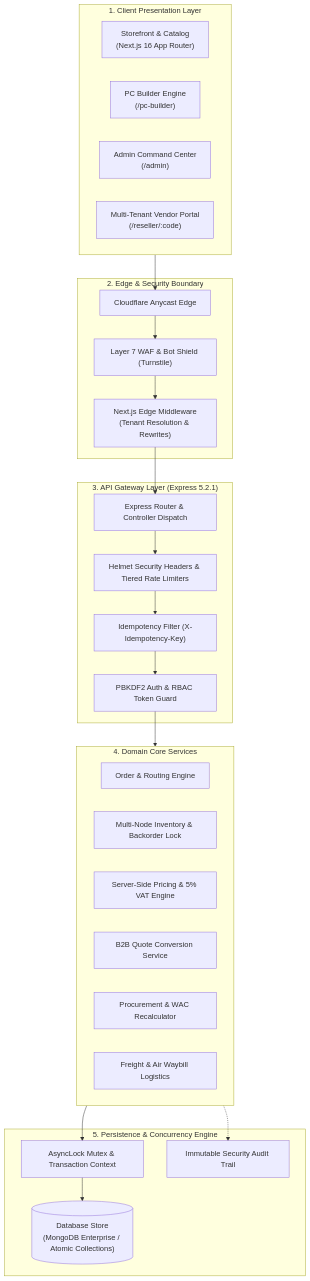
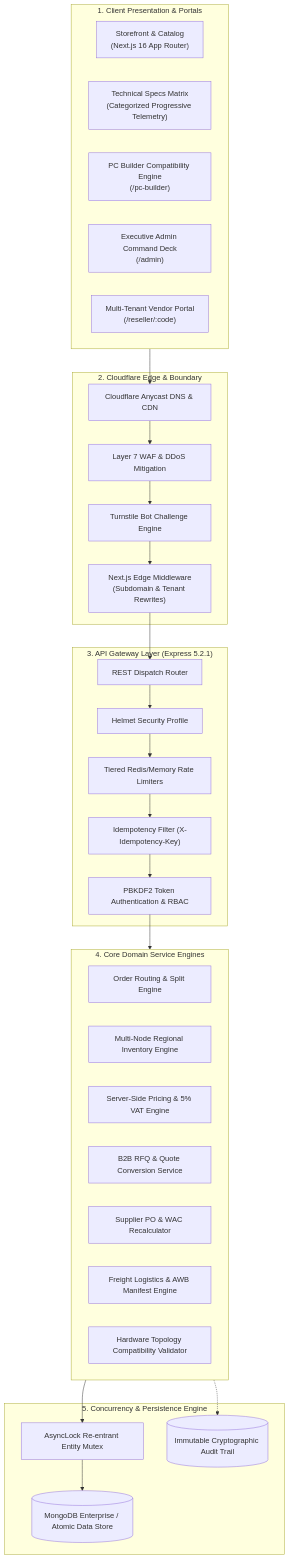
Before and after one commit to gl1tch0x1/NexTechSystem: the first of 3 diagrams in README.md, drawn with Mermaid. The commit also changed other lines of this file, not shown here.

Commit message:
docs: comprehensive enterprise architecture, hardware matrix, logistics, and security documentation in README

````diff
--- a/README.md
+++ b/README.md
@@ -44,44 +40,48 @@
 ```mermaid
 graph TB
-    subgraph Client["1. Client Presentation Layer"]
+    subgraph ClientLayer["1. Client Presentation & Portals"]
         B2C["Storefront & Catalog<br/>(Next.js 16 App Router)"]
-        BUILDER["PC Builder Engine<br/>(/pc-builder)"]
-        ADMIN["Admin Command Center<br/>(/admin)"]
-        PORTAL["Multi-Tenant Vendor Portal<br/>(/reseller/:code)"]
+        SPECS["Technical Specs Matrix<br/>(Categorized Progressive Telemetry)"]
+        BUILDER["PC Builder Compatibility Engine<br/>(/pc-builder)"]
+        ADMIN["Executive Admin Command Deck<br/>(/admin)"]
+        RESELLER["Multi-Tenant Vendor Portal<br/>(/reseller/:code)"]
     end
 
-    subgraph Edge["2. Edge & Security Boundary"]
-        CF["Cloudflare Anycast Edge"]
-        WAF["Layer 7 WAF & Bot Shield (Turnstile)"]
-        MW["Next.js Edge Middleware<br/>(Tenant Resolution & Rewrites)"]
+    subgraph EdgeLayer["2. Cloudflare Edge & Boundary"]
+        CF_DNS["Cloudflare Anycast DNS & CDN"]
+        CF_WAF["Layer 7 WAF & DDoS Mitigation"]
+        CF_TURN["Turnstile Bot Challenge Engine"]
+        EDGE_MW["Next.js Edge Middleware<br/>(Subdomain & Tenant Rewrites)"]
     end
 
-    subgraph API["3. API Gateway Layer (Express 5.2.1)"]
-        GATEWAY["Express Router & Controller Dispatch"]
-        SEC["Helmet Security Headers & Tiered Rate Limiters"]
-        IDEMP["Idempotency Filter (X-Idempotency-Key)"]
-        AUTH["PBKDF2 Auth & RBAC Token Guard"]
+    subgraph ApiGateway["3. API Gateway Layer (Express 5.2.1)"]
+        ROUTER["REST Dispatch Router"]
+        SEC_HEADERS["Helmet Security Profile"]
+        RATE_LIMIT["Tiered Redis/Memory Rate Limiters"]
+        IDEMP_GUARD["Idempotency Filter (X-Idempotency-Key)"]
+        AUTH_GUARD["PBKDF2 Token Authentication & RBAC"]
     end
 
-    subgraph Domain["4. Domain Core Services"]
-        ORDER_SVC["Order & Routing Engine"]
-        STOCK_SVC["Multi-Node Inventory & Backorder Lock"]
-        PRICE_SVC["Server-Side Pricing & 5% VAT Engine"]
-        QUOTE_SVC["B2B Quote Conversion Service"]
-        PO_SVC["Procurement & WAC Recalculator"]
-        CARGO_SVC["Freight & Air Waybill Logistics"]
+    subgraph DomainServices["4. Core Domain Service Engines"]
+        ORDER_ENG["Order Routing & Split Engine"]
+        STOCK_ENG["Multi-Node Regional Inventory Engine"]
+        PRICE_ENG["Server-Side Pricing & 5% VAT Engine"]
+        QUOTE_ENG["B2B RFQ & Quote Conversion Service"]
+        PO_ENG["Supplier PO & WAC Recalculator"]
+        CARGO_ENG["Freight Logistics & AWB Manifest Engine"]
+        COMPAT_ENG["Hardware Topology Compatibility Validator"]
     end
 
-    subgraph Persistence["5. Persistence & Concurrency Engine"]
-        LOCK["AsyncLock Mutex & Transaction Context"]
-        DB[("Database Store<br/>(MongoDB Enterprise / Atomic Collections)")]
-        AUDIT["Immutable Security Audit Trail"]
+    subgraph PersistenceLayer["5. Concurrency & Persistence Engine"]
+        MUTEX_LOCK["AsyncLock Re-entrant Entity Mutex"]
+        DATA_STORE[("MongoDB Enterprise / Atomic Data Store")]
+        AUDIT_LOGS[("Immutable Cryptographic Audit Trail")]
     end
 
-    Client --> CF --> WAF --> MW
-    MW --> GATEWAY
-    GATEWAY --> SEC --> IDEMP --> AUTH
-    AUTH --> Domain
-    Domain --> LOCK --> DB
-    Domain -.-> AUDIT
+    ClientLayer --> CF_DNS --> CF_WAF --> CF_TURN --> EDGE_MW
+    EDGE_MW --> ROUTER
+    ROUTER --> SEC_HEADERS --> RATE_LIMIT --> IDEMP_GUARD --> AUTH_GUARD
+    AUTH_GUARD --> DomainServices
+    DomainServices --> MUTEX_LOCK --> DATA_STORE
+    DomainServices -.-> AUDIT_LOGS
 ```
````
